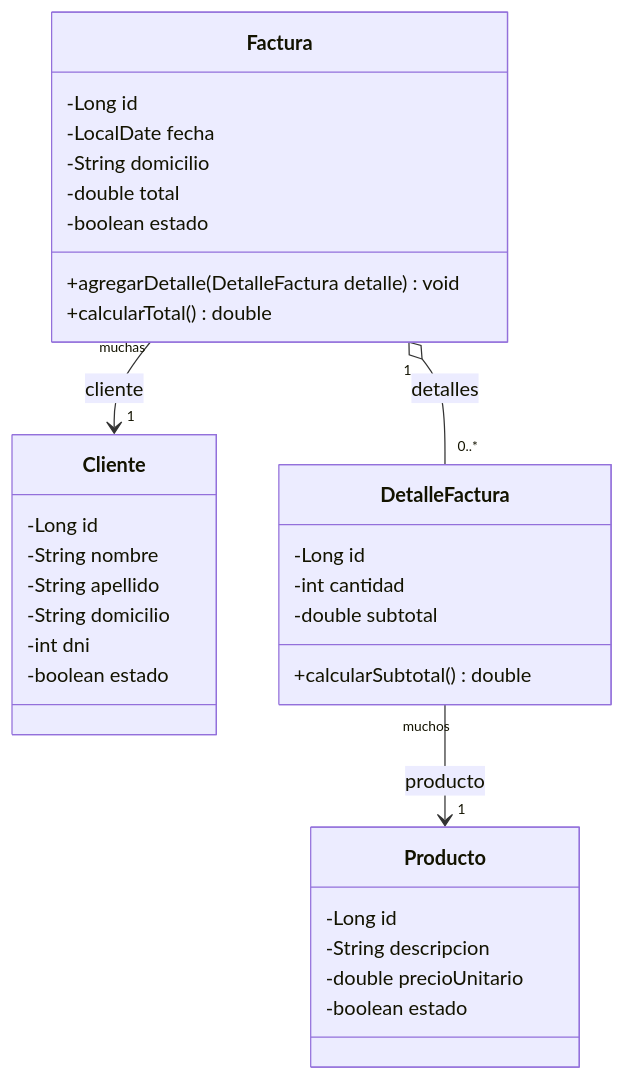
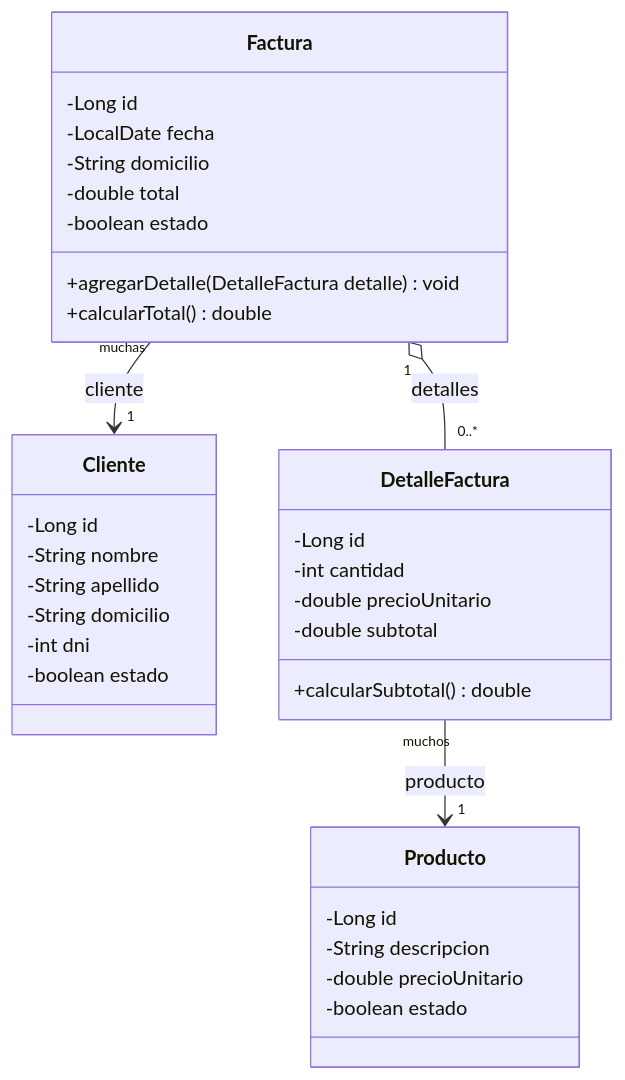
The diagram in docs/diagrama-de-clases.md (franclyc/tp7_grupo5), drawn with Mermaid before and after one commit. The commit also changed other lines of this file, not shown here.

Commit message:
Actualizacion del diagrama de clases - VargasLeonardo

````diff
--- a/docs/diagrama-de-clases.md
+++ b/docs/diagrama-de-clases.md
@@ -7,39 +7,40 @@
 ```mermaid
 classDiagram
     class Cliente {
         -Long id
         -String nombre
         -String apellido
         -String domicilio
         -int dni
         -boolean estado
     }
 
     class Producto {
         -Long id
         -String descripcion
         -double precioUnitario
         -boolean estado
     }
 
     class Factura {
         -Long id
         -LocalDate fecha
         -String domicilio
         -double total
         -boolean estado
         +agregarDetalle(DetalleFactura detalle) void
         +calcularTotal() double
     }
 
     class DetalleFactura {
         -Long id
         -int cantidad
+        -double precioUnitario
         -double subtotal
         +calcularSubtotal() double
     }
 
     Factura "muchas" --> "1" Cliente : cliente
     Factura "1" o-- "0..*" DetalleFactura : detalles
     DetalleFactura "muchos" --> "1" Producto : producto
 ```
````
